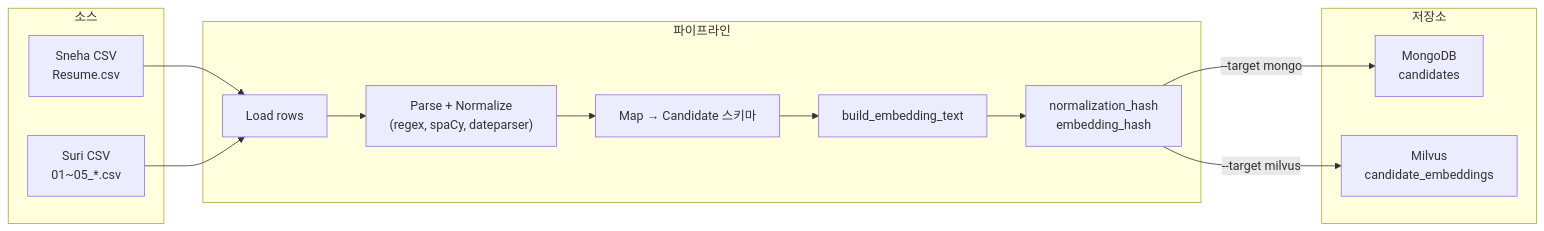
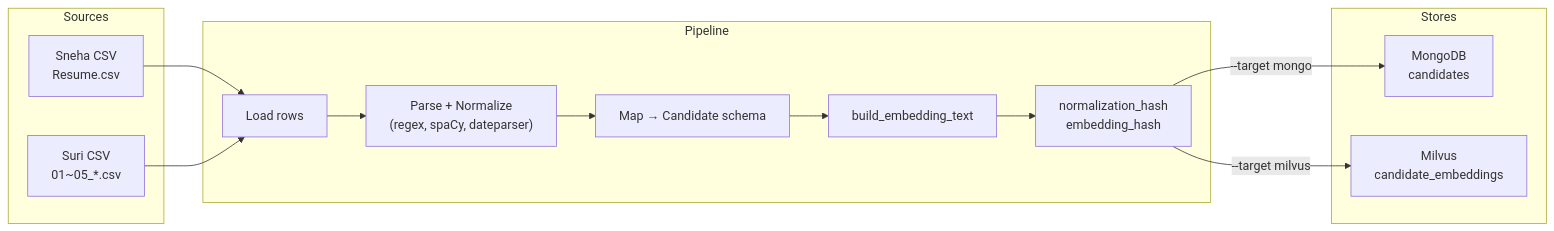
One commit to rhsoddld/resume-matching-pj changed the seventh of 7 diagrams in docs/guides/codebase-core-flows.md. Above: the diagram before and after it, drawn with Mermaid. The commit also changed other lines of this file and 40 other files, not shown here.

````diff
--- a/docs/guides/codebase-core-flows.md
+++ b/docs/guides/codebase-core-flows.md
@@ -402,26 +402,26 @@
 ```mermaid
 flowchart LR
-  subgraph SOURCE["소스"]
+  subgraph SOURCE["Sources"]
     S1["Sneha CSV\nResume.csv"]
     S2["Suri CSV\n01~05_*.csv"]
   end
 
-  subgraph PIPE["파이프라인"]
+  subgraph PIPE["Pipeline"]
     P1["Load rows"]
     P2["Parse + Normalize\n(regex, spaCy, dateparser)"]
-    P3["Map → Candidate 스키마"]
+    P3["Map → Candidate schema"]
     P4["build_embedding_text"]
     P5["normalization_hash\nembedding_hash"]
   end
 
-  subgraph TARGET["저장소"]
+  subgraph TARGET["Stores"]
     T1["MongoDB\ncandidates"]
     T2["Milvus\ncandidate_embeddings"]
   end
 
   S1 --> P1
   S2 --> P1
   P1 --> P2 --> P3 --> P4 --> P5
   P5 -->|--target mongo| T1
   P5 -->|--target milvus| T2
 ```
````
